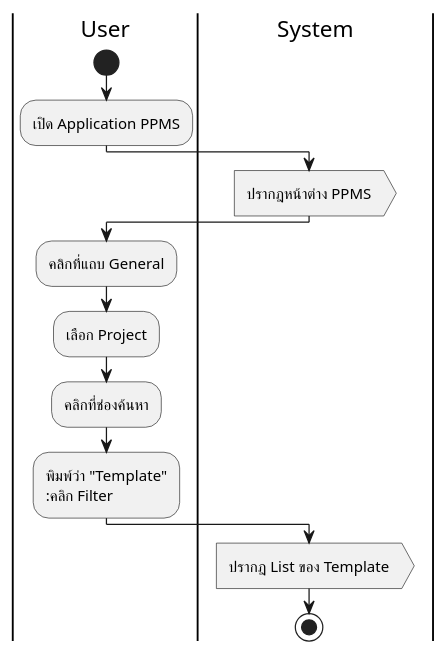
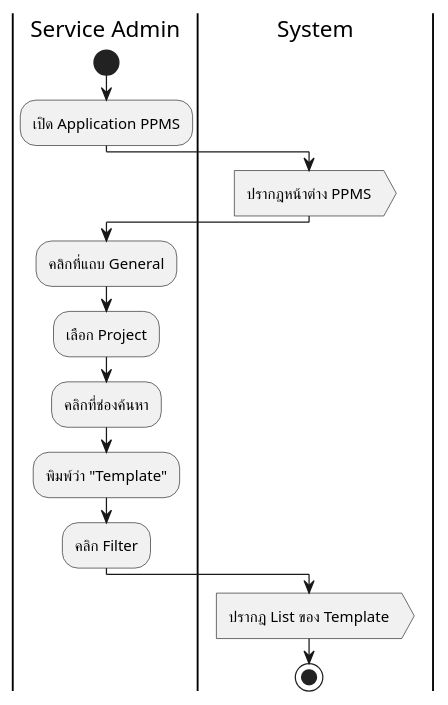
The diagram in User Activity/Process 4 Create Template/u1-search project template.wsd (Meenkonlapat/RPA-Project), drawn with PlantUML before and after one commit. The commit also changed 19 other files, not shown here.

```diff
--- a/User Activity/Process 4 Create Template/u1-search project template.wsd
+++ b/User Activity/Process 4 Create Template/u1-search project template.wsd
@@ -1,16 +1,16 @@
 @startuml
-|User|
+|Service Admin|
 start
 :เปิด Application PPMS;
 |System|
 :ปรากฎหน้าต่าง PPMS>
-|User|
+|Service Admin|
 :คลิกที่แถบ General;
 :เลือก Project;
 :คลิกที่ช่องค้นหา;
-:พิมพ์ว่า "Template"
+:พิมพ์ว่า "Template";
 :คลิก Filter;
 |System|
 :ปรากฎ List ของ Template>
 stop
 @enduml
```
